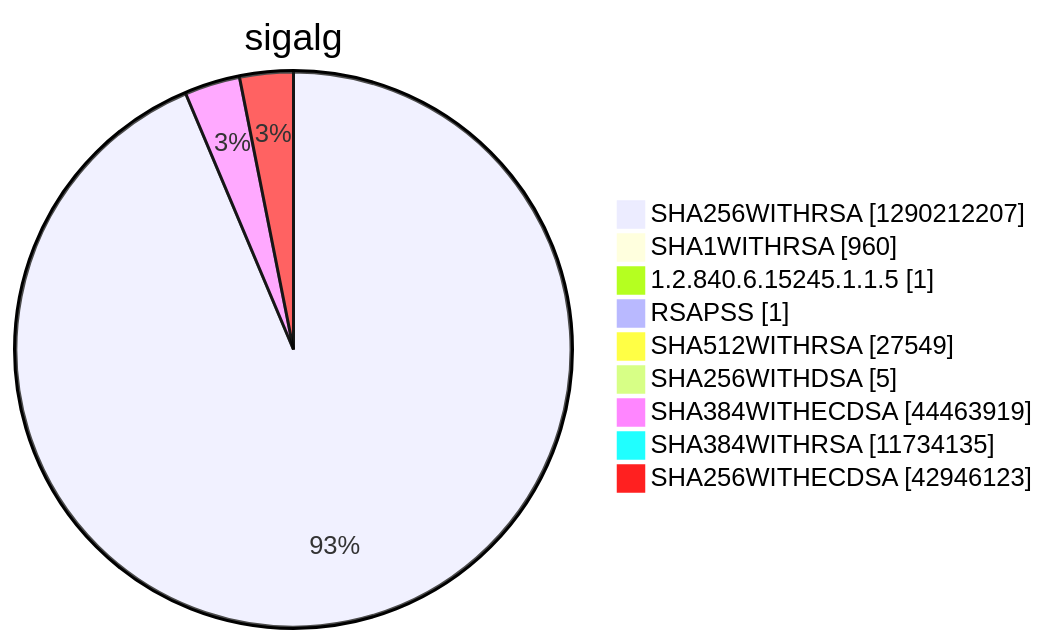
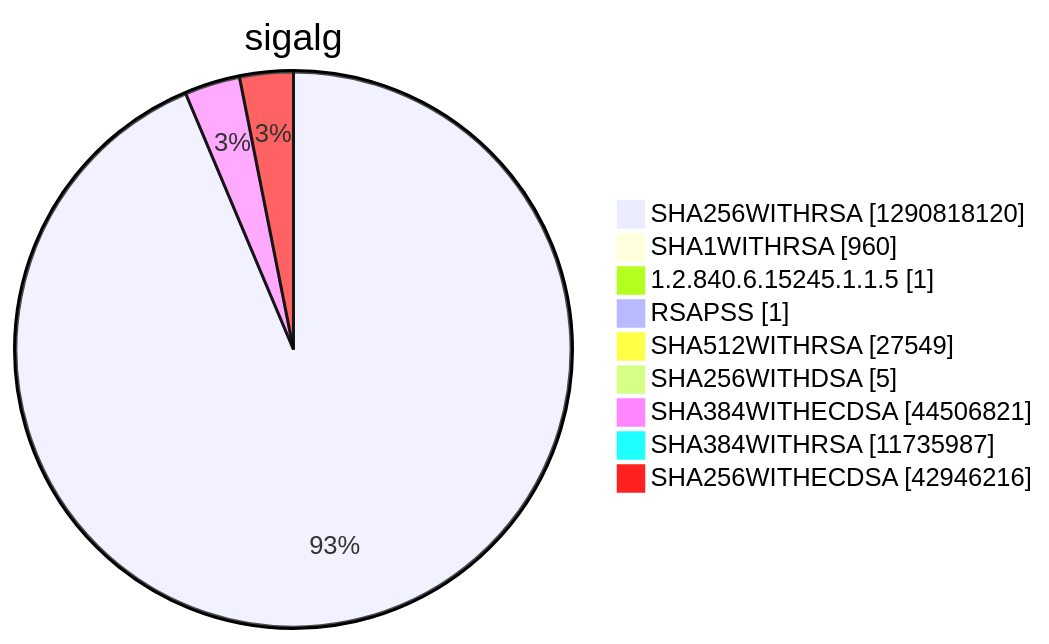
One commit to christiankrug/ctmonitor_visualization changed diagram 15 of 15 in argon2022/README.md. Above: the diagram before and after it, drawn with Mermaid. The commit also changed other lines of this file, not shown here.

````diff
--- a/argon2022/README.md
+++ b/argon2022/README.md
@@ -5523,13 +5523,13 @@
 ```mermaid
 pie showData
 title sigalg
-"SHA256WITHRSA" :1290212207
+"SHA256WITHRSA" :1290818120
 "SHA1WITHRSA" :960
 "1.2.840.6.15245.1.1.5" :1
 "RSAPSS" :1
 "SHA512WITHRSA" :27549
 "SHA256WITHDSA" :5
-"SHA384WITHECDSA" :44463919
-"SHA384WITHRSA" :11734135
-"SHA256WITHECDSA" :42946123
+"SHA384WITHECDSA" :44506821
+"SHA384WITHRSA" :11735987
+"SHA256WITHECDSA" :42946216
 ```
````
